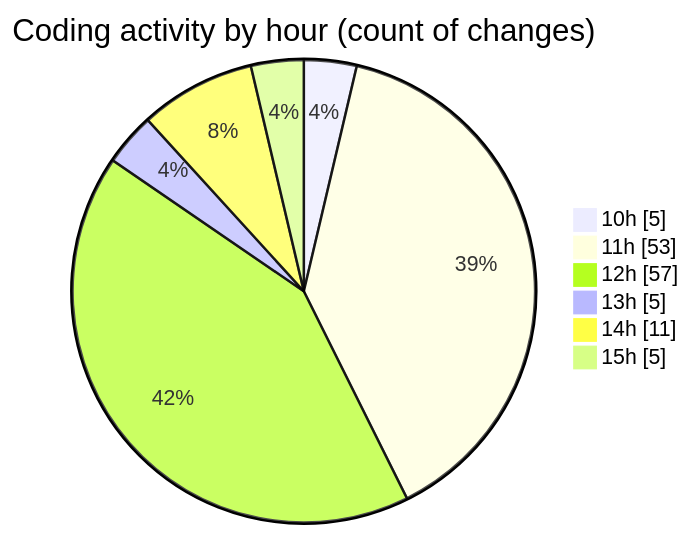
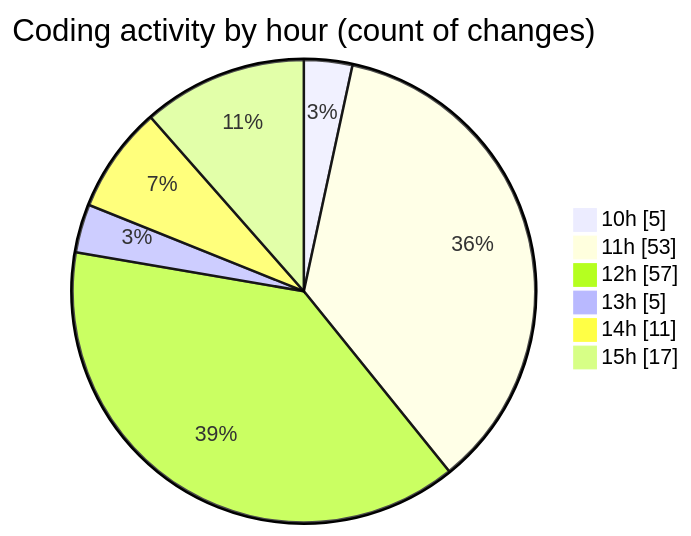
One commit to momahboobian/code-tracking changed the second of 2 diagrams in 2025-06-17/cda/README.md. Above: the diagram before and after it, drawn with Mermaid. The commit also changed other lines of this file and 1 other file, not shown here.

````diff
--- a/2025-06-17/cda/README.md
+++ b/2025-06-17/cda/README.md
@@ -40,10 +47,10 @@
 ```mermaid
 pie showData
 title Coding activity by hour (count of changes)
 "10h" : 5
 "11h" : 53
 "12h" : 57
 "13h" : 5
 "14h" : 11
-"15h" : 5
+"15h" : 17
 ```
````
